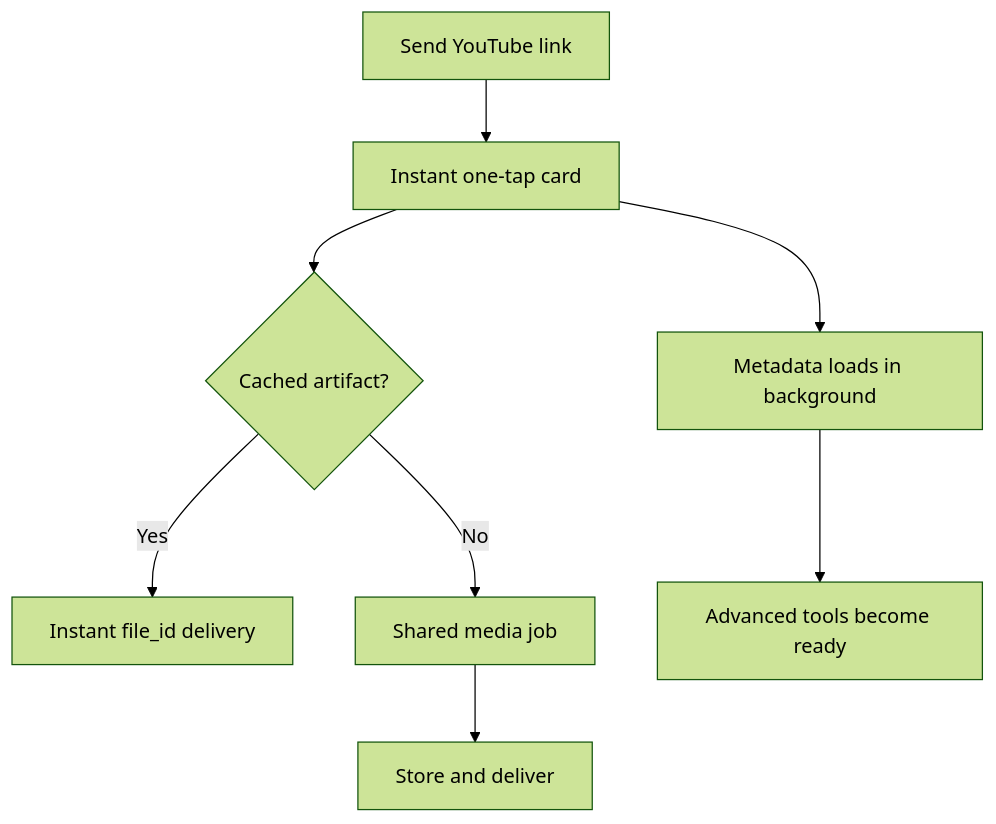
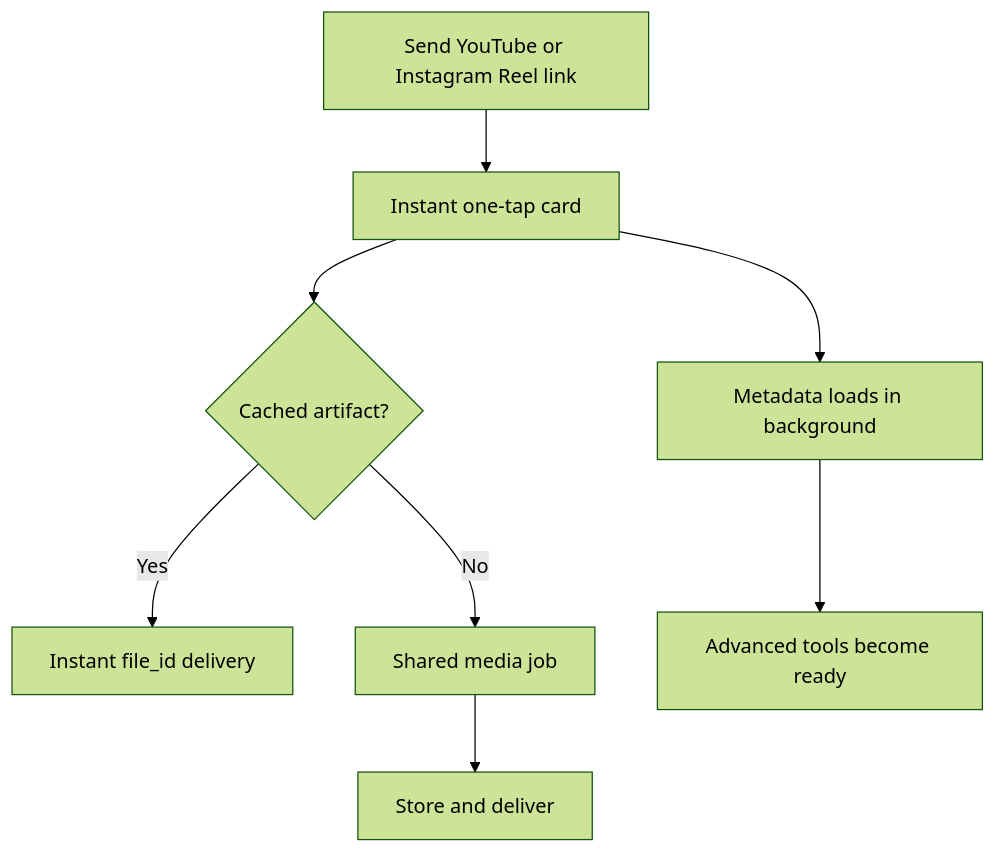
One commit to aminov-nurmuhammad/TubeForge-Bot changed the first of 2 diagrams in README.md. Above: the diagram before and after it, drawn with Mermaid (forest theme). The commit also changed other lines of this file and 26 other files, not shown here.

First line of the commit message:
feat: add fast public Instagram Reel support (#14)

````diff
--- a/README.md
+++ b/README.md
@@ -128,10 +130,10 @@
 ```mermaid
 flowchart TD
-    A["Send YouTube link"] --> B["Instant one-tap card"]
+    A["Send YouTube or Instagram Reel link"] --> B["Instant one-tap card"]
     B --> C["Metadata loads in background"]
     B --> D{"Cached artifact?"}
     D -->|Yes| E["Instant file_id delivery"]
     D -->|No| F["Shared media job"]
     F --> G["Store and deliver"]
     C --> H["Advanced tools become ready"]
 ```
````
